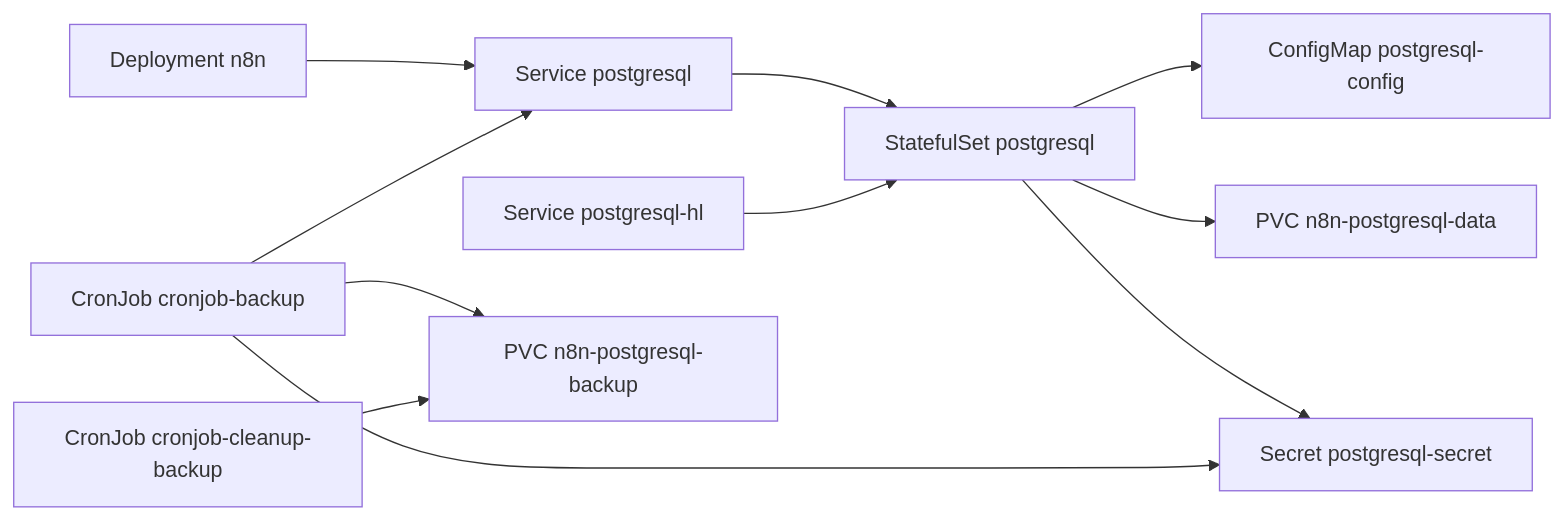
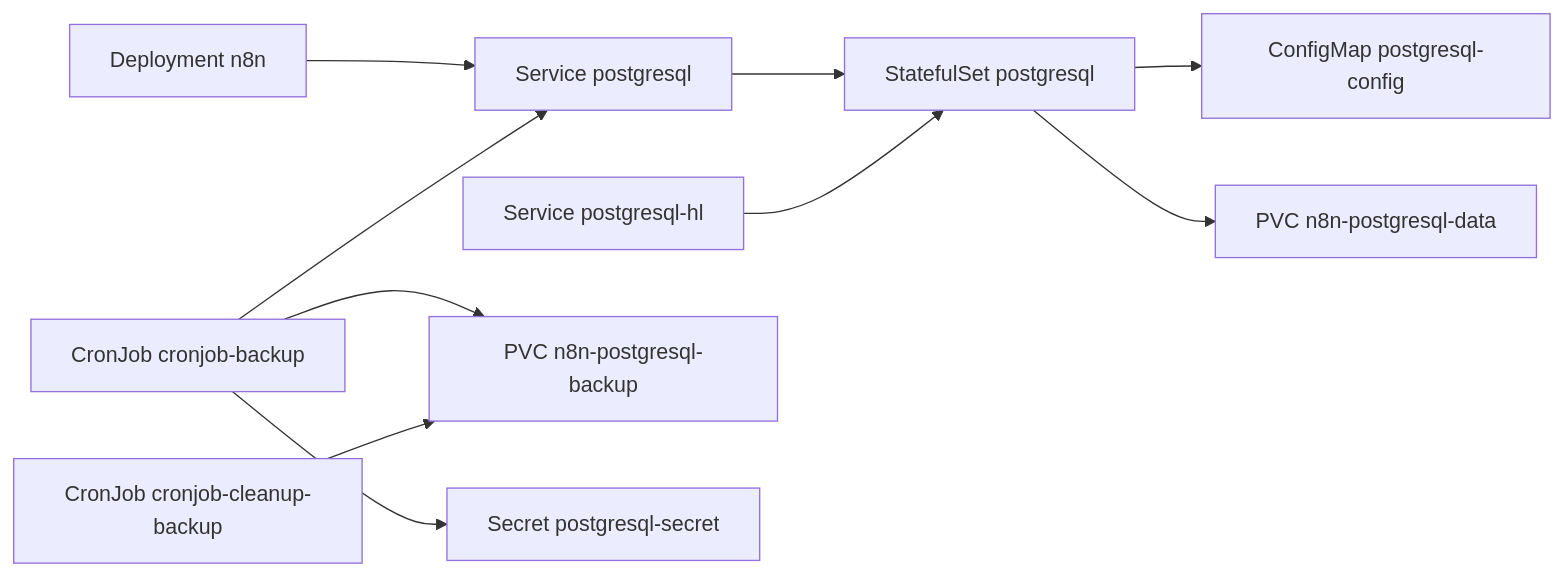
The diagram in docs/superpowers/plans/20260923_bitnami-migration-n8n.md (SlashNephy/infrastructure), drawn with Mermaid before and after one commit. The commit also changed other lines of this file and 1 other file, not shown here.

````diff
--- a/docs/superpowers/plans/20260923_bitnami-migration-n8n.md
+++ b/docs/superpowers/plans/20260923_bitnami-migration-n8n.md
@@ -487,13 +494,12 @@
 ```mermaid
 flowchart LR
   n8n[Deployment n8n] --> svc[Service postgresql]
   svc --> sts[StatefulSet postgresql]
   hl[Service postgresql-hl] --> sts
   sts --> cm[ConfigMap postgresql-config]
   sts --> pvc[PVC n8n-postgresql-data]
-  sts --> sec[Secret postgresql-secret]
   cj[CronJob cronjob-backup] --> svc
   cj --> bpvc[PVC n8n-postgresql-backup]
-  cj --> sec
+  cj --> sec[Secret postgresql-secret]
   clean[CronJob cronjob-cleanup-backup] --> bpvc
 ```
````
